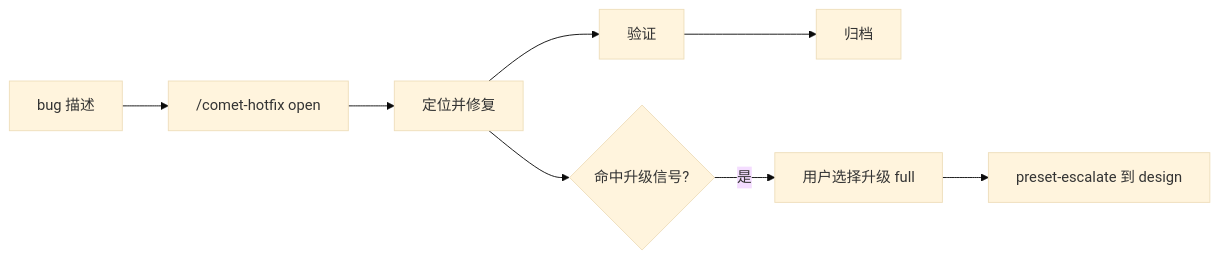
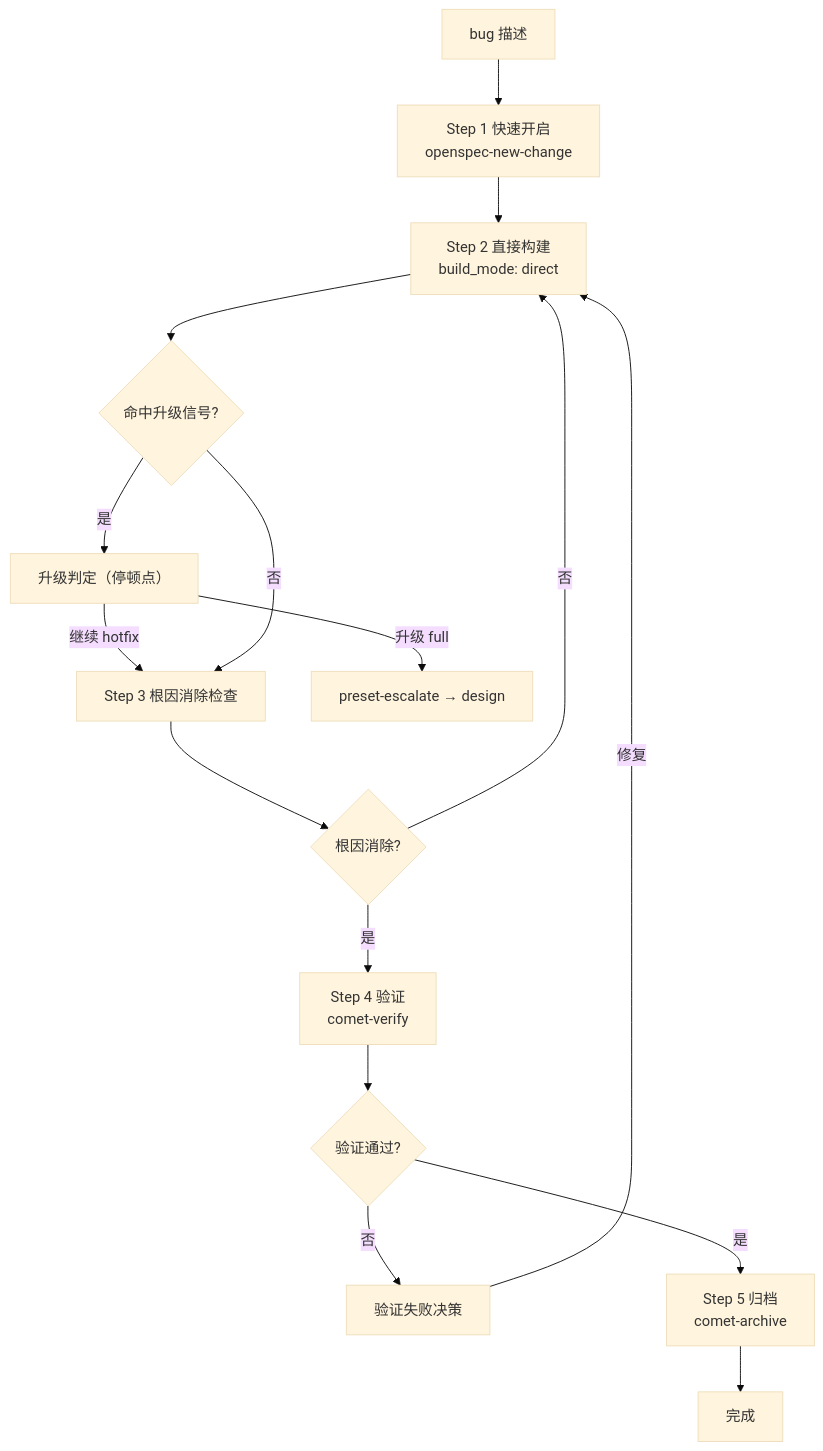
Before and after one commit to rpamis/comet-website-docs: the diagram in zh/presets/hotfix.mdx, drawn with Mermaid (base theme). The commit also changed other lines of this file and 50 other files, not shown here.

````diff
--- a/zh/presets/hotfix.mdx
+++ b/zh/presets/hotfix.mdx
@@ -26,10 +109,18 @@
 ```mermaid
-flowchart LR
-  A["bug 描述"] --> B["/comet-hotfix open"]
-  B --> C["定位并修复"]
-  C --> D["验证"]
-  D --> E["归档"]
-  C --> F{"命中升级信号?"}
-  F -->|是| G["用户选择升级 full"]
-  G --> H["preset-escalate 到 design"]
+flowchart TD
+  A["bug 描述"] --> B["Step 1 快速开启<br/>openspec-new-change"]
+  B --> C["Step 2 直接构建<br/>build_mode: direct"]
+  C --> D{"命中升级信号?"}
+  D -->|是| E["升级判定（停顿点）"]
+  E -->|继续 hotfix| F
+  E -->|升级 full| G["preset-escalate → design"]
+  D -->|否| F["Step 3 根因消除检查"]
+  F --> H{"根因消除?"}
+  H -->|否| C
+  H -->|是| I["Step 4 验证<br/>comet-verify"]
+  I --> J{"验证通过?"}
+  J -->|否| K["验证失败决策"]
+  K -->|修复| C
+  J -->|是| L["Step 5 归档<br/>comet-archive"]
+  L --> M["完成"]
 ```
````
